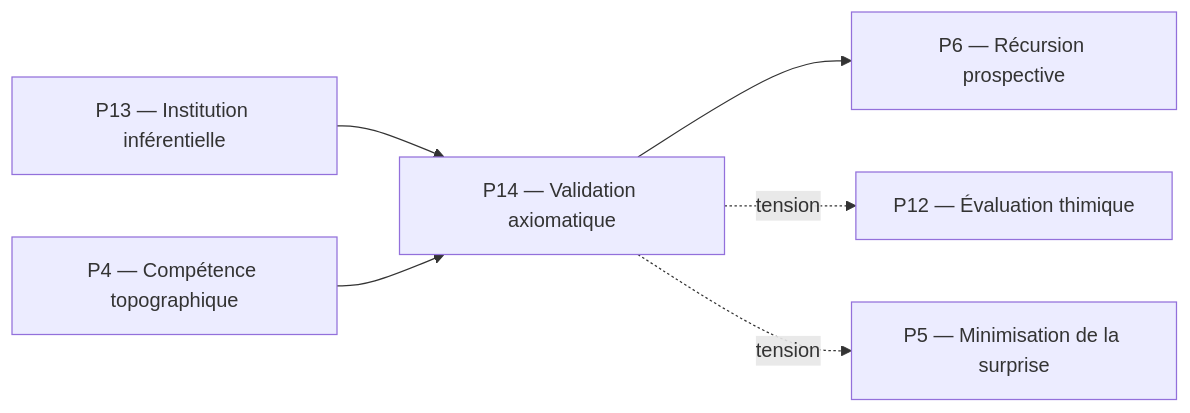
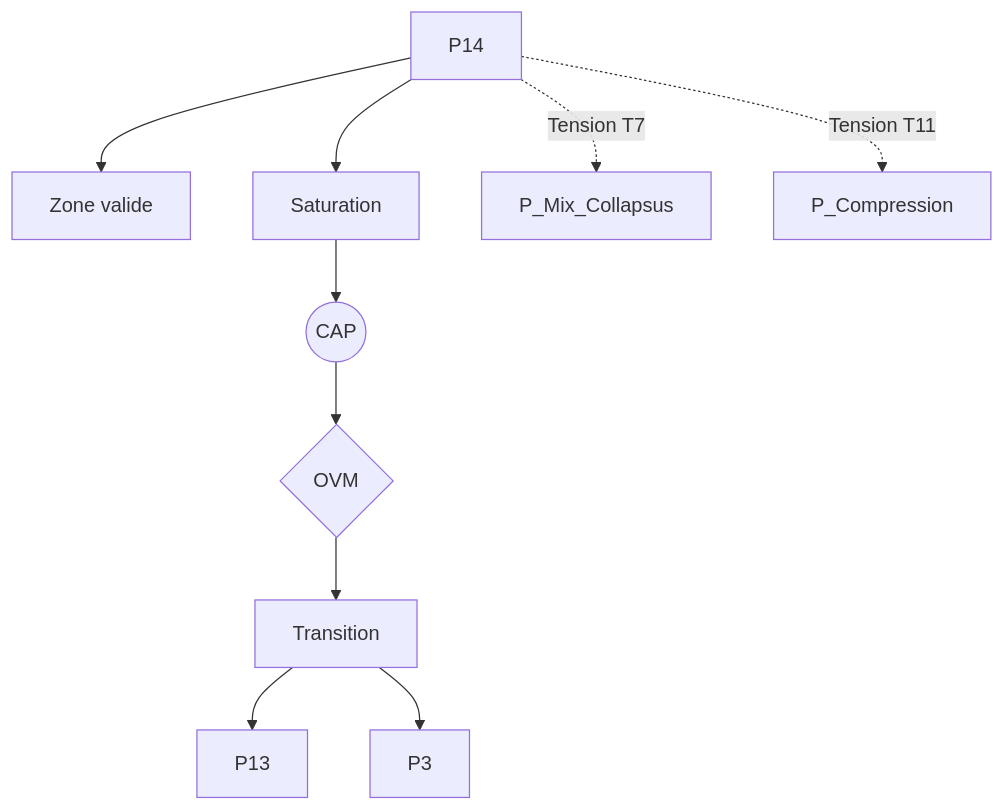
One commit to newgeko/protokin changed the diagram in piliers/P14_validation_axiomatique_vuillemin.md. Above: the diagram before and after it, drawn with Mermaid. The commit also changed other lines of this file, not shown here.

````diff
--- a/piliers/P14_validation_axiomatique_vuillemin.md
+++ b/piliers/P14_validation_axiomatique_vuillemin.md
@@ -58,11 +312,18 @@
 ```mermaid
-graph LR
-    P14[P14 — Validation axiomatique]
+graph TD
 
-    P13[P13 — Institution inférentielle] --> P14
-    P4[P4 — Compétence topographique] --> P14
-    P14 --> P6[P6 — Récursion prospective]
-    P14 -. tension .-> P12[P12 — Évaluation thimique]
-    P14 -. tension .-> P5[P5 — Minimisation de la surprise]
+P[P14]
 
+P --> V[Zone valide]
+P --> S[Saturation]
+
+S --> CAP((CAP))
+CAP --> OVM{OVM}
+OVM --> T[Transition]
+
+T --> P13[P13]
+T --> P3[P3]
+
+P -. Tension T7 .-> P_Mix[P_Mix_Collapsus]
+P -. Tension T11 .-> P_Comp[P_Compression]
 ```
````
